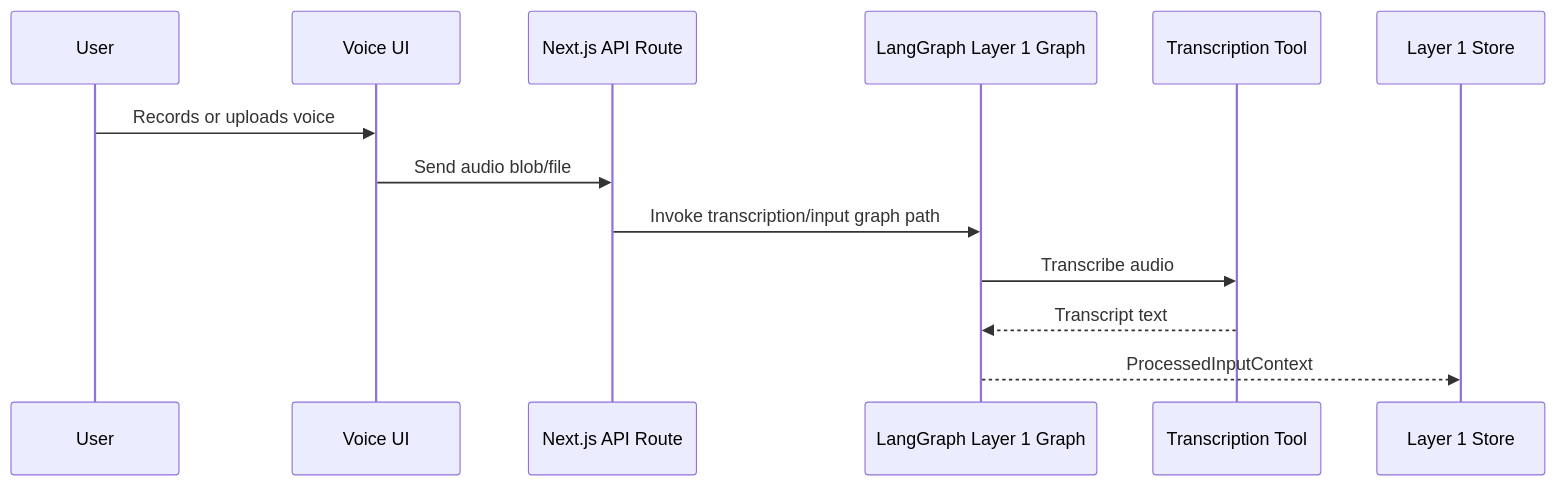
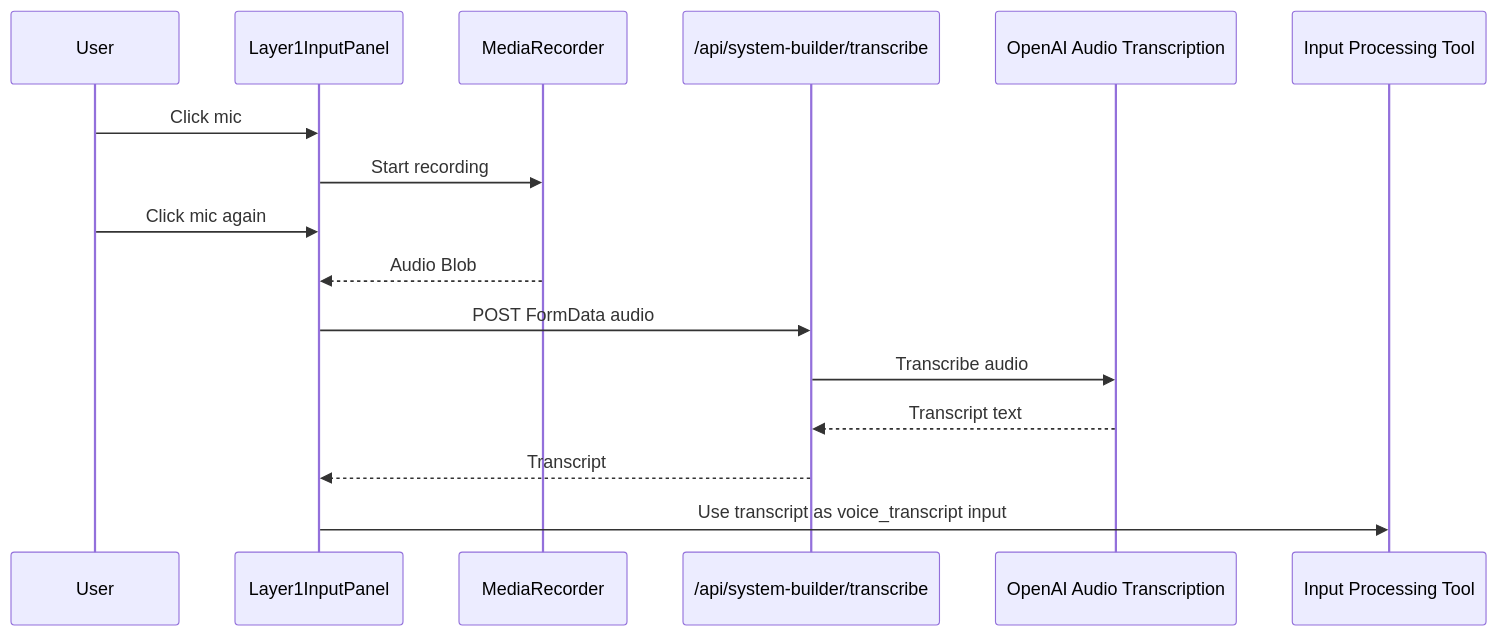
One commit to ProductMasterz/Mujarrad-Frontend changed the fourth of 19 diagrams in Docs/system-design-detailed-plan.md. Above: the diagram before and after it, drawn with Mermaid. The commit also changed other lines of this file and 18 other files, not shown here.

Commit message:
Add system design input pipeline

````diff
--- a/Docs/system-design-detailed-plan.md
+++ b/Docs/system-design-detailed-plan.md
@@ -450,16 +521,19 @@
 ```mermaid
 sequenceDiagram
     participant User
-    participant UI as Voice UI
-    participant API as Next.js API Route
-    participant Graph as LangGraph Layer 1 Graph
-    participant Transcriber as Transcription Tool
-    participant Store as Layer 1 Store
+    participant UI as Layer1InputPanel
+    participant Browser as MediaRecorder
+    participant API as /api/system-builder/transcribe
+    participant Provider as OpenAI Audio Transcription
+    participant Pipeline as Input Processing Tool
 
-    User->>UI: Records or uploads voice
-    UI->>API: Send audio blob/file
-    API->>Graph: Invoke transcription/input graph path
-    Graph->>Transcriber: Transcribe audio
-    Transcriber-->>Graph: Transcript text
-    Graph-->>Store: ProcessedInputContext
+    User->>UI: Click mic
+    UI->>Browser: Start recording
+    User->>UI: Click mic again
+    Browser-->>UI: Audio Blob
+    UI->>API: POST FormData audio
+    API->>Provider: Transcribe audio
+    Provider-->>API: Transcript text
+    API-->>UI: Transcript
+    UI->>Pipeline: Use transcript as voice_transcript input
 ```
````
